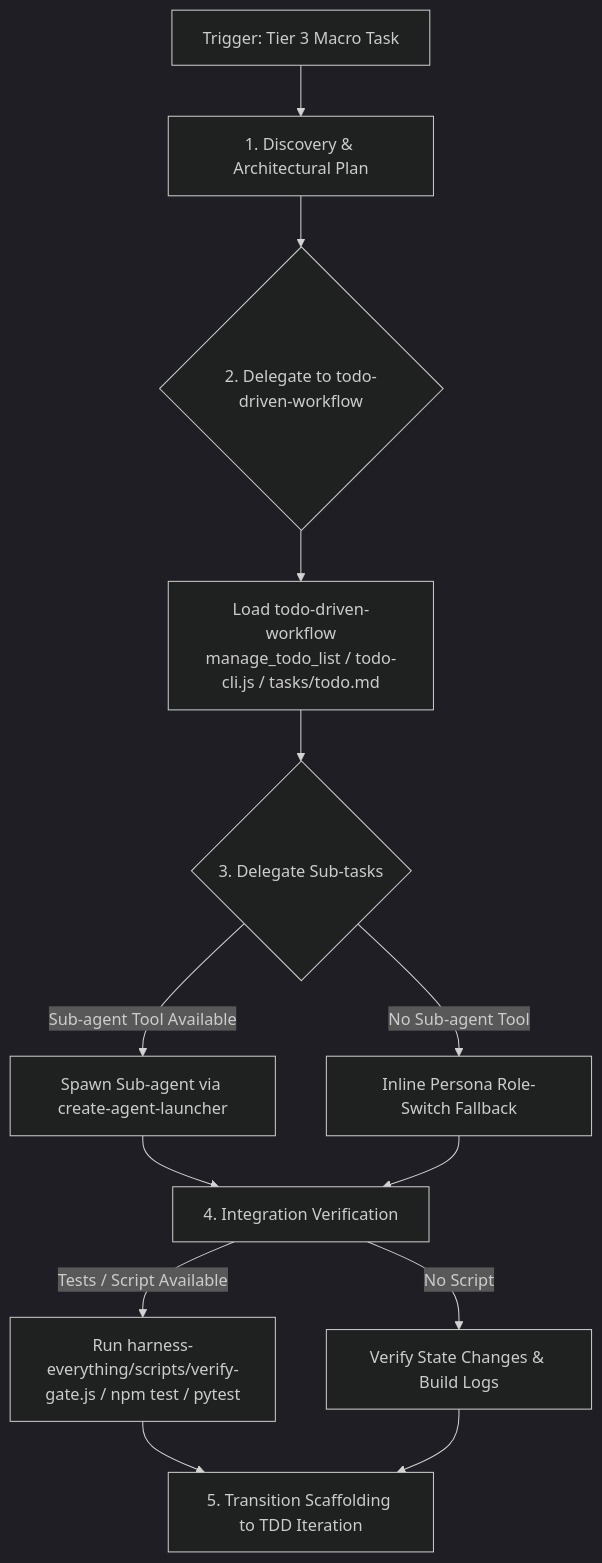
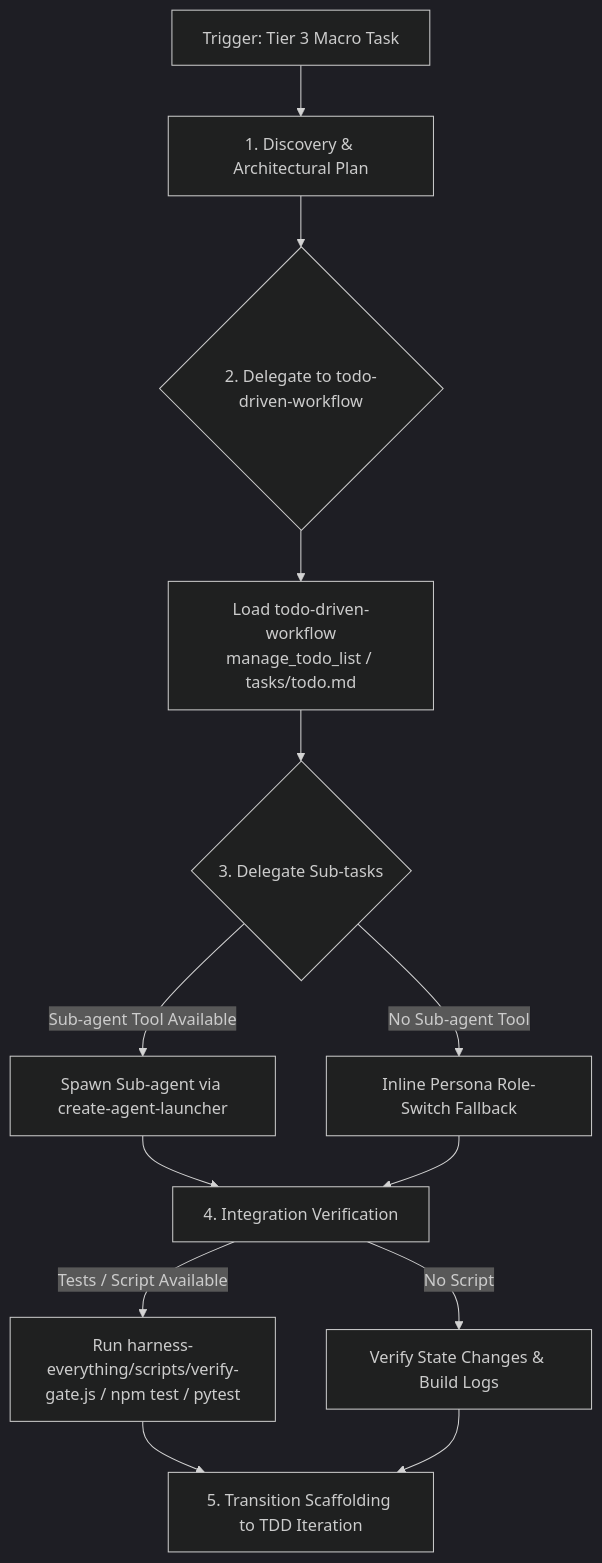
One commit to dyphn1/Harness-everything changed the diagram in fable-mode/references/execution-phases.md. Above: the diagram before and after it, drawn with Mermaid (dark theme). The commit also changed 61 other files, not shown here.

````diff
--- a/fable-mode/references/execution-phases.md
+++ b/fable-mode/references/execution-phases.md
@@ -7,20 +7,20 @@
 ```mermaid
 flowchart TD
     Start[Trigger: Tier 3 Macro Task] --> Plan[1. Discovery & Architectural Plan]
     Plan --> InitTodo{2. Delegate to todo-driven-workflow}
 
-    InitTodo --> UseTracker[Load todo-driven-workflow<br>manage_todo_list / todo-cli.js / tasks/todo.md]
+    InitTodo --> UseTracker[Load todo-driven-workflow<br>manage_todo_list / tasks/todo.md]
     UseTracker --> Delegate{3. Delegate Sub-tasks}
 
     Delegate -- Sub-agent Tool Available --> SpawnSub[Spawn Sub-agent via create-agent-launcher]
     Delegate -- No Sub-agent Tool --> InlineSwitch[Inline Persona Role-Switch Fallback]
 
     SpawnSub --> Verify[4. Integration Verification]
     InlineSwitch --> Verify
 
     Verify -- Tests / Script Available --> RunVerify[Run harness-everything/scripts/verify-gate.js / npm test / pytest]
     Verify -- No Script --> ManualVerify[Verify State Changes & Build Logs]
 
     RunVerify --> Transition[5. Transition Scaffolding to TDD Iteration]
     ManualVerify --> Transition
 ```
````
